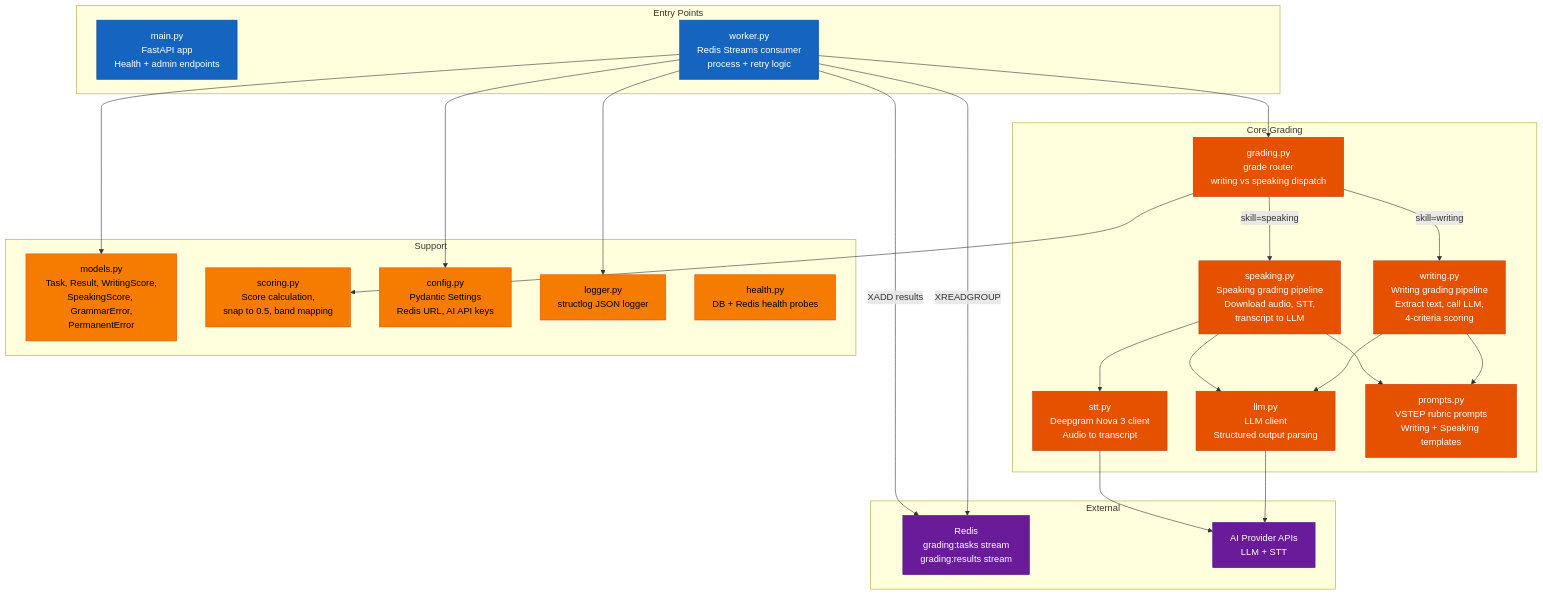
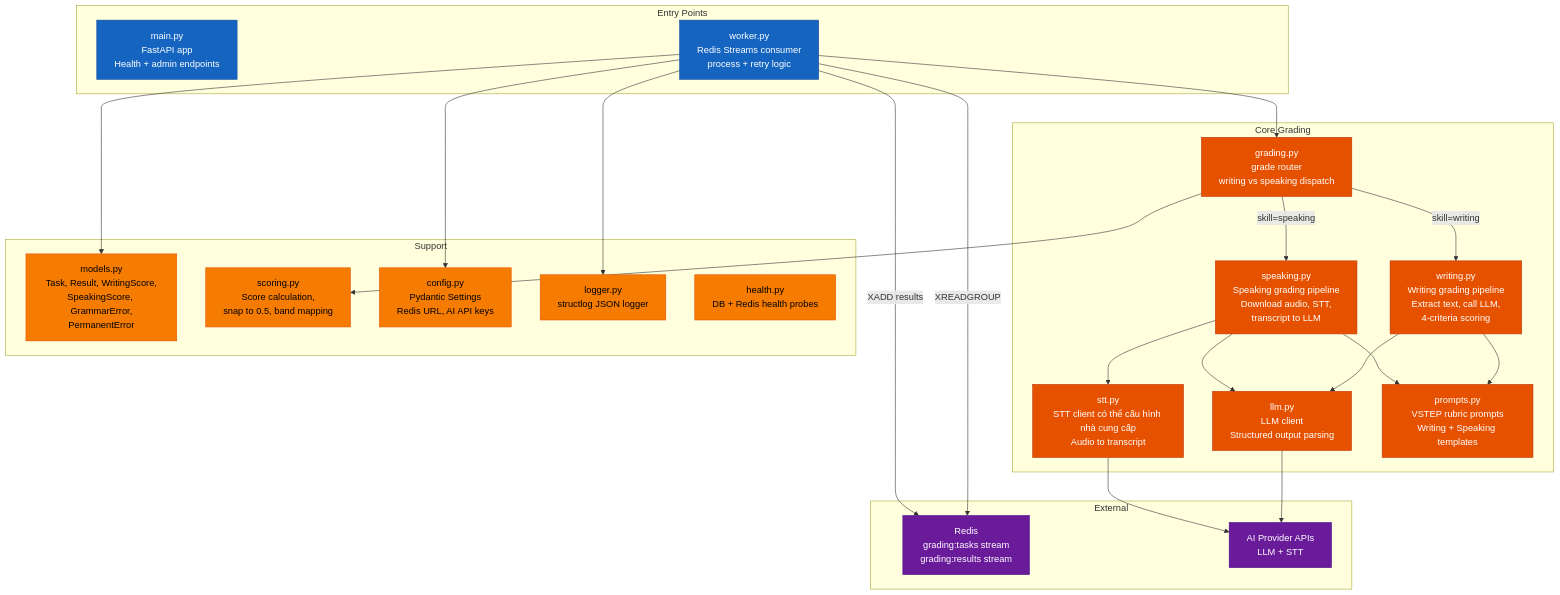
One commit to nghyane/VSTEP changed the fourth of 16 diagrams in docs/capstone/reports/VI/report4-software-design-document.md. Above: the diagram before and after it, drawn with Mermaid. The commit also changed other lines of this file and 1 other file, not shown here.

Commit message:
docs: align report 4 with current architecture

````diff
--- a/docs/capstone/reports/VI/report4-software-design-document.md
+++ b/docs/capstone/reports/VI/report4-software-design-document.md
@@ -275,58 +275,58 @@
 ```mermaid
 flowchart TB
     subgraph Entry ["Entry Points"]
         Main["main.py<br/>FastAPI app<br/>Health + admin endpoints"]
         WorkerPy["worker.py<br/>Redis Streams consumer<br/>process + retry logic"]
     end
 
     subgraph Core ["Core Grading"]
         Grading["grading.py<br/>grade router<br/>writing vs speaking dispatch"]
         Writing["writing.py<br/>Writing grading pipeline<br/>Extract text, call LLM,<br/>4-criteria scoring"]
         Speaking["speaking.py<br/>Speaking grading pipeline<br/>Download audio, STT,<br/>transcript to LLM"]
-        STT["stt.py<br/>Deepgram Nova 3 client<br/>Audio to transcript"]
+        STT["stt.py<br/>STT client có thể cấu hình nhà cung cấp<br/>Audio to transcript"]
         LLM["llm.py<br/>LLM client<br/>Structured output parsing"]
         Prompts["prompts.py<br/>VSTEP rubric prompts<br/>Writing + Speaking templates"]
     end
 
     subgraph Support ["Support"]
         Models["models.py<br/>Task, Result, WritingScore,<br/>SpeakingScore, GrammarError,<br/>PermanentError"]
         ScoringPy["scoring.py<br/>Score calculation,<br/>snap to 0.5, band mapping"]
         Config["config.py<br/>Pydantic Settings<br/>Redis URL, AI API keys"]
         LoggerPy["logger.py<br/>structlog JSON logger"]
         HealthPy["health.py<br/>DB + Redis health probes"]
     end
 
     subgraph External ["External"]
         RedisQ["Redis<br/>grading:tasks stream<br/>grading:results stream"]
         AIProviderAPI["AI Provider APIs<br/>LLM + STT"]
     end
 
     WorkerPy -->|"XREADGROUP"| RedisQ
     WorkerPy --> Grading
     Grading -->|"skill=writing"| Writing
     Grading -->|"skill=speaking"| Speaking
     Writing --> LLM
     Writing --> Prompts
     Speaking --> STT
     Speaking --> LLM
     Speaking --> Prompts
     LLM --> AIProviderAPI
     STT --> AIProviderAPI
 
     Grading --> ScoringPy
     WorkerPy -->|"XADD results"| RedisQ
 
     WorkerPy --> Models
     WorkerPy --> Config
     WorkerPy --> LoggerPy
 
     classDef entry fill:#1565c0,stroke:#0d47a1,color:#fff
     classDef core fill:#e65100,stroke:#bf360c,color:#fff
     classDef support fill:#f57c00,stroke:#e65100,color:#000
     classDef ext fill:#6a1b9a,stroke:#4a148c,color:#fff
 
     class Main,WorkerPy entry
     class Grading,Writing,Speaking,STT,LLM,Prompts core
     class Models,ScoringPy,Config,LoggerPy,HealthPy support
     class RedisQ,AIProviderAPI ext
 ```
````
